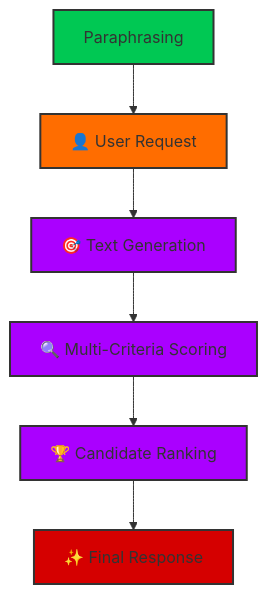
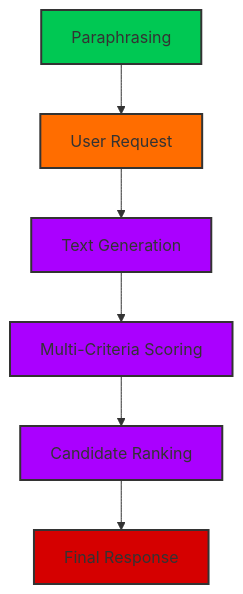
One commit to AntonioRinaldidev/toxic-radar changed the second of 2 diagrams in AI/README.MD. Above: the diagram before and after it, drawn with Mermaid. The commit also changed other lines of this file, not shown here.

````diff
--- a/AI/README.MD
+++ b/AI/README.MD
@@ -100,14 +100,14 @@
 ```mermaid
 flowchart TD
-    Paraphrasing --> UserRequest[👤 User Request]
-    UserRequest --> Generation[🎯 Text Generation]
-    Generation --> Scoring[🔍 Multi-Criteria Scoring]
-    Scoring --> Ranking[🏆 Candidate Ranking]
-    Ranking --> Response[✨ Final Response]
+    Paraphrasing --> UserRequest[User Request]
+    UserRequest --> Generation[Text Generation]
+    Generation --> Scoring[Multi-Criteria Scoring]
+    Scoring --> Ranking[Candidate Ranking]
+    Ranking --> Response[Final Response]
     style Paraphrasing fill:#00C853,stroke:#333,stroke-width:2px
     style UserRequest fill:#ff6D00,stroke:#333,stroke-width:2px
     style Generation fill:#AA00FF,stroke:#333,stroke-width:2px
     style Scoring fill:#AA00FF,stroke:#333,stroke-width:2px
     style Ranking fill:#AA00FF,stroke:#333,stroke-width:2px
     style Response fill:#D50000,stroke:#333,stroke-width:2px
 ```
````
